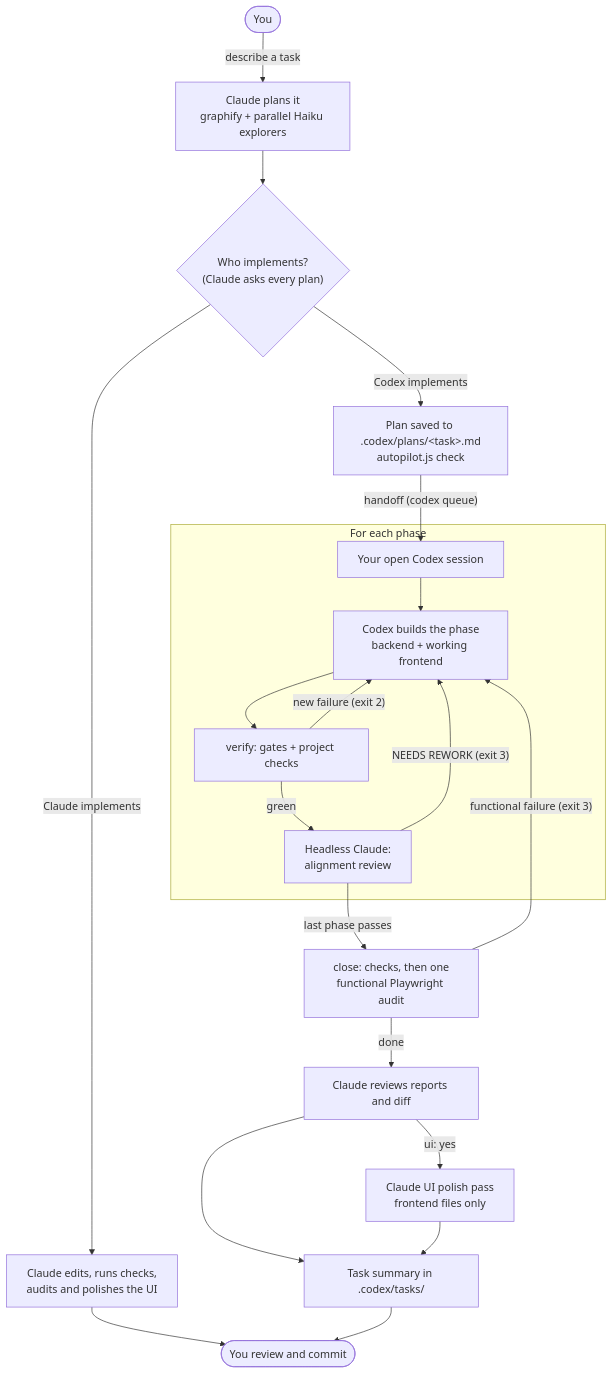
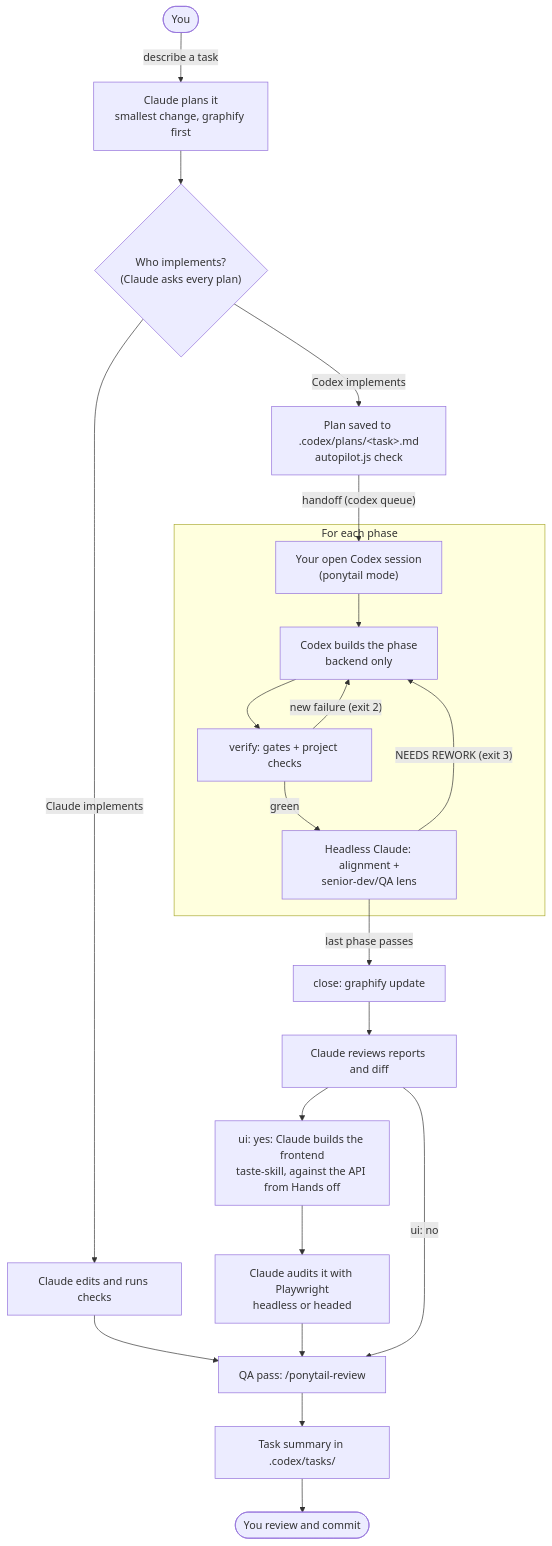
One commit to Jonrei1/dual-agent-workflow changed the first of 3 diagrams in README.md. Above: the diagram before and after it, drawn with Mermaid. The commit also changed other lines of this file and 24 other files, not shown here.

Commit message:
feat: add dual-agent Claude-Codex workflow skill and templates

````diff
--- a/README.md
+++ b/README.md
@@ -28,25 +29,26 @@
 ```mermaid
 flowchart TD
-    you([You]) -->|describe a task| plan["Claude plans it<br/>graphify + parallel Haiku explorers"]
+    you([You]) -->|describe a task| plan["Claude plans it<br/>smallest change, graphify first"]
     plan --> ask{"Who implements?<br/>(Claude asks every plan)"}
-    ask -->|Claude implements| direct["Claude edits, runs checks,<br/>audits and polishes the UI"]
+    ask -->|Claude implements| direct["Claude edits and runs checks"]
     ask -->|Codex implements| save["Plan saved to .codex/plans/&lt;task&gt;.md<br/>autopilot.js check"]
-    save -->|"handoff (codex queue)"| codex["Your open Codex session"]
+    save -->|"handoff (codex queue)"| codex["Your open Codex session<br/>(ponytail mode)"]
 
     subgraph loop ["For each phase"]
-        codex --> build["Codex builds the phase<br/>backend + working frontend"]
+        codex --> build["Codex builds the phase<br/>backend only"]
         build --> verify["verify: gates + project checks"]
         verify -->|"new failure (exit 2)"| build
-        verify -->|green| align["Headless Claude:<br/>alignment review"]
+        verify -->|green| align["Headless Claude: alignment +<br/>senior-dev/QA lens"]
         align -->|"NEEDS REWORK (exit 3)"| build
     end
 
-    align -->|last phase passes| close["close: checks, then one<br/>functional Playwright audit"]
-    close -->|"functional failure (exit 3)"| build
-    close -->|done| review["Claude reviews reports and diff"]
-    review -->|"ui: yes"| polish["Claude UI polish pass<br/>frontend files only"]
-    review --> summary["Task summary in .codex/tasks/"]
-    polish --> summary
-    direct --> commit
+    align -->|last phase passes| close["close: graphify update"]
+    close --> review["Claude reviews reports and diff"]
+    review --> front["ui: yes: Claude builds the frontend<br/>taste-skill, against the API from Hands off"]
+    front --> audit["Claude audits it with Playwright<br/>headless or headed"]
+    audit --> qa
+    direct --> qa["QA pass: /ponytail-review"]
+    review -->|"ui: no"| qa
+    qa --> summary["Task summary in .codex/tasks/"]
     summary --> commit([You review and commit])
 ```
````
